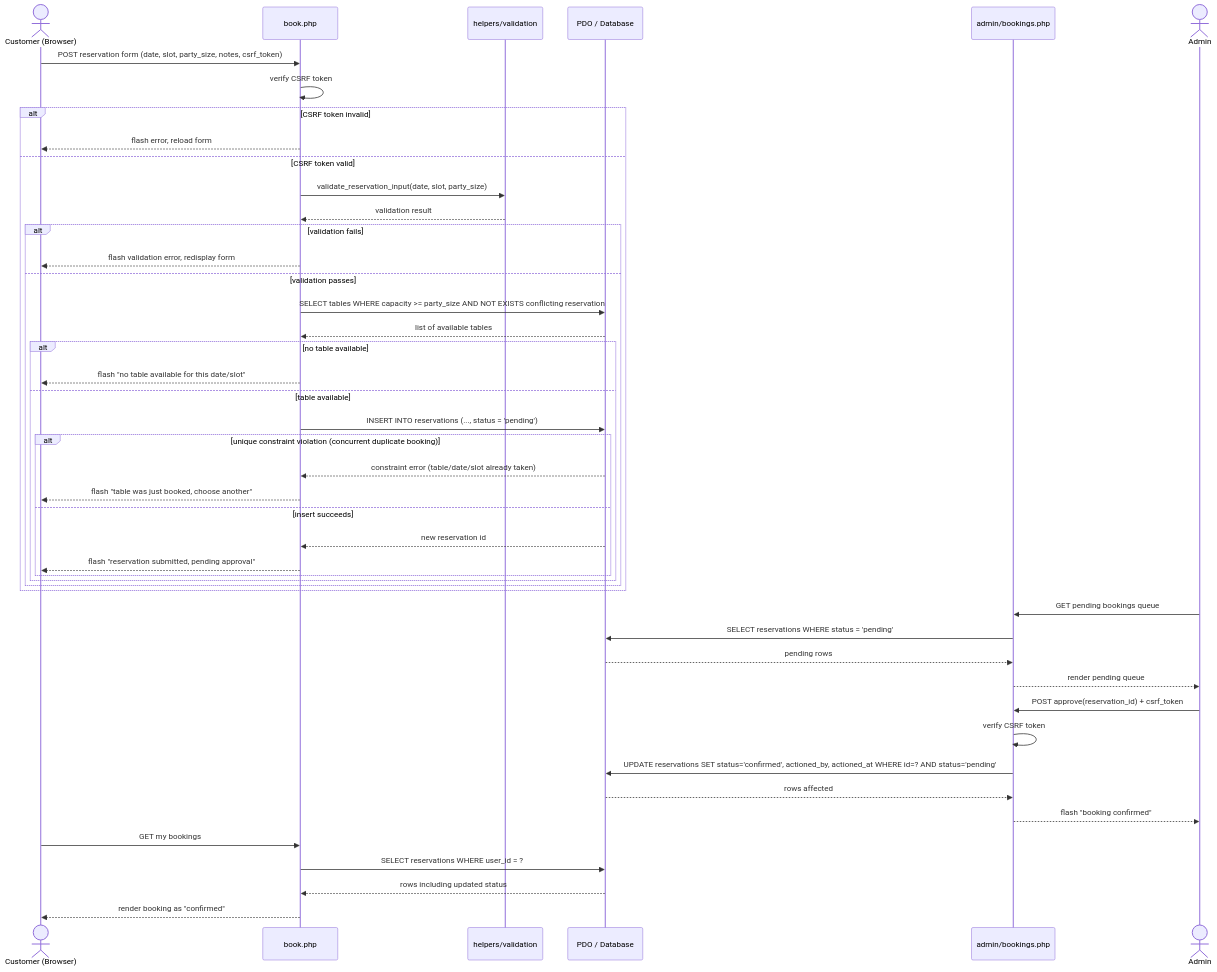
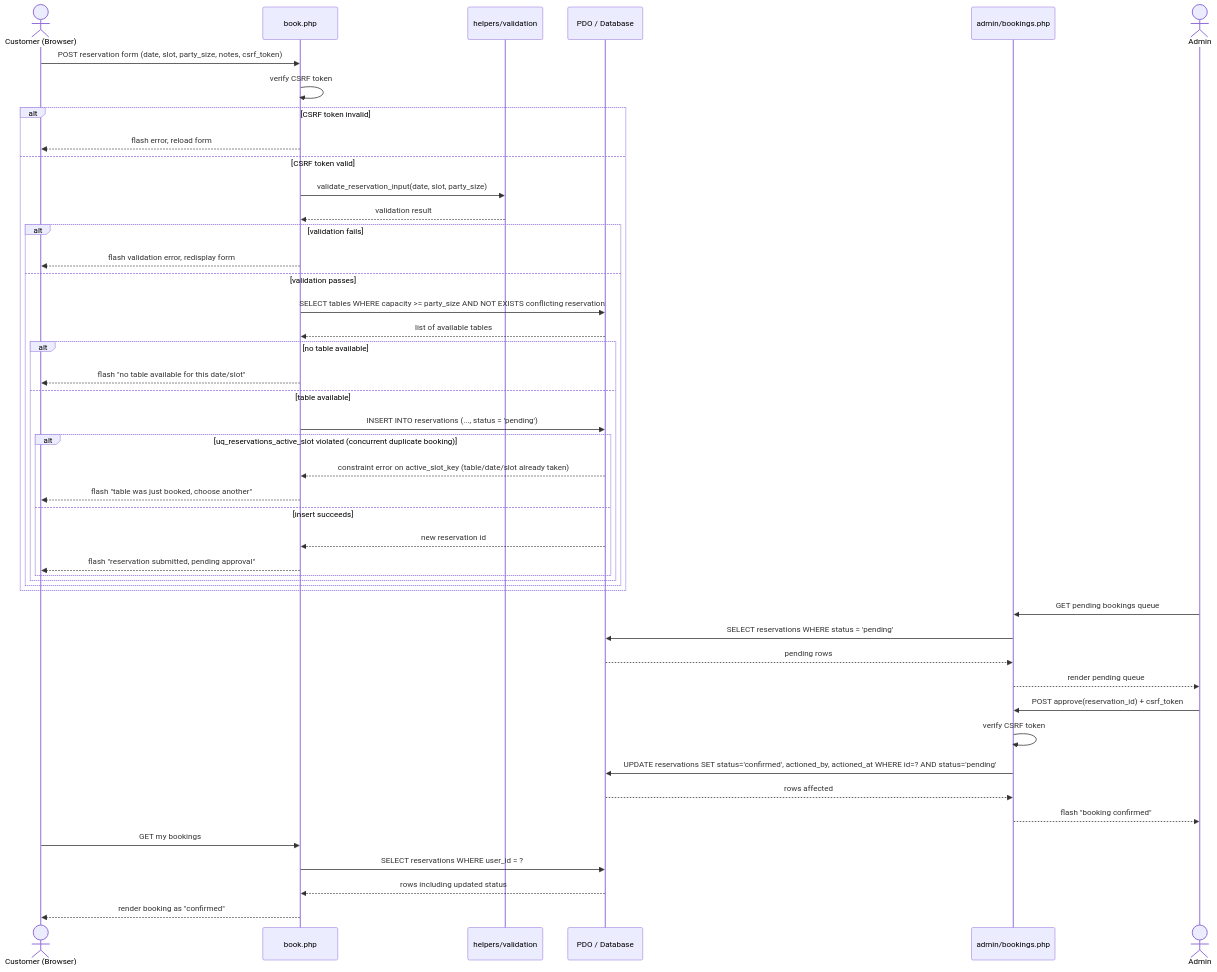
One commit to met23080025-ui/FINAL-EXAMINATION-HSB2006-DEVELOPING-BUSINESS-APPLICATIONS changed the diagram in docs/diagrams/sequence-booking.mmd. Above: the diagram before and after it, drawn with Mermaid. The commit also changed 6 other files, not shown here.

Commit message:
feat(db): add schema with double-booking constraint and seed data

```diff
--- a/docs/diagrams/sequence-booking.mmd
+++ b/docs/diagrams/sequence-booking.mmd
@@ -1,59 +1,61 @@
 %% Sequence Diagram — Reservation Submission Through Admin Approval
 %% Participants match the planned code structure (book.php, helpers, PDO,
 %% admin/bookings.php). Includes the concurrent-duplicate failure path
-%% rejected by the database uniqueness constraint (FR-04, NFR-06).
+%% rejected by the database uniqueness constraint (FR-04, NFR-06):
+%% UNIQUE KEY uq_reservations_active_slot on the generated column
+%% active_slot_key in database/schema.sql — see docs/data-dictionary.md.
 
 sequenceDiagram
     actor Customer as Customer (Browser)
     participant Book as book.php
     participant Valid as helpers/validation
     participant DB as PDO / Database
     participant AdminPage as admin/bookings.php
     actor AdminUser as Admin
 
     Customer->>Book: POST reservation form (date, slot, party_size, notes, csrf_token)
     Book->>Book: verify CSRF token
 
     alt CSRF token invalid
         Book-->>Customer: flash error, reload form
     else CSRF token valid
         Book->>Valid: validate_reservation_input(date, slot, party_size)
         Valid-->>Book: validation result
 
         alt validation fails
             Book-->>Customer: flash validation error, redisplay form
         else validation passes
             Book->>DB: SELECT tables WHERE capacity >= party_size AND NOT EXISTS conflicting reservation
             DB-->>Book: list of available tables
 
             alt no table available
                 Book-->>Customer: flash "no table available for this date/slot"
             else table available
                 Book->>DB: INSERT INTO reservations (..., status = 'pending')
 
-                alt unique constraint violation (concurrent duplicate booking)
-                    DB-->>Book: constraint error (table/date/slot already taken)
+                alt uq_reservations_active_slot violated (concurrent duplicate booking)
+                    DB-->>Book: constraint error on active_slot_key (table/date/slot already taken)
                     Book-->>Customer: flash "table was just booked, choose another"
                 else insert succeeds
                     DB-->>Book: new reservation id
                     Book-->>Customer: flash "reservation submitted, pending approval"
                 end
             end
         end
     end
 
     AdminUser->>AdminPage: GET pending bookings queue
     AdminPage->>DB: SELECT reservations WHERE status = 'pending'
     DB-->>AdminPage: pending rows
     AdminPage-->>AdminUser: render pending queue
 
     AdminUser->>AdminPage: POST approve(reservation_id) + csrf_token
     AdminPage->>AdminPage: verify CSRF token
     AdminPage->>DB: UPDATE reservations SET status='confirmed', actioned_by, actioned_at WHERE id=? AND status='pending'
     DB-->>AdminPage: rows affected
     AdminPage-->>AdminUser: flash "booking confirmed"
 
     Customer->>Book: GET my bookings
     Book->>DB: SELECT reservations WHERE user_id = ?
     DB-->>Book: rows including updated status
     Book-->>Customer: render booking as "confirmed"
```
